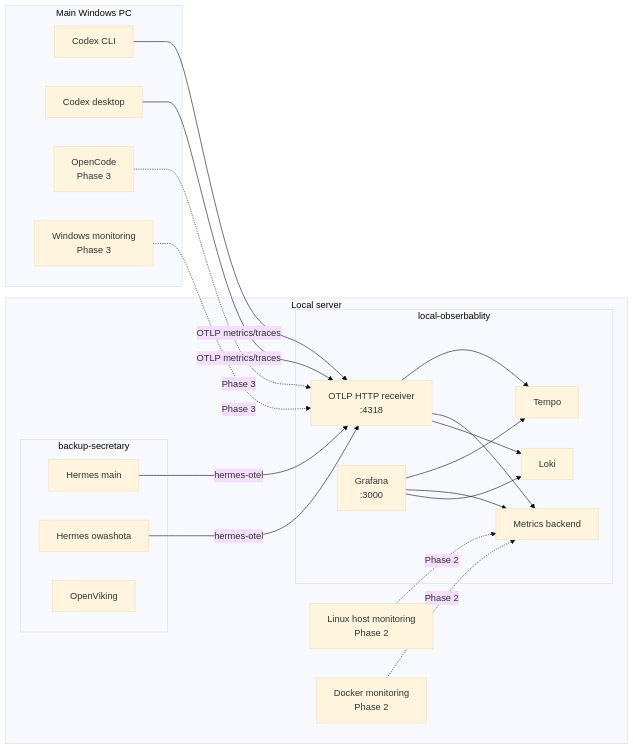
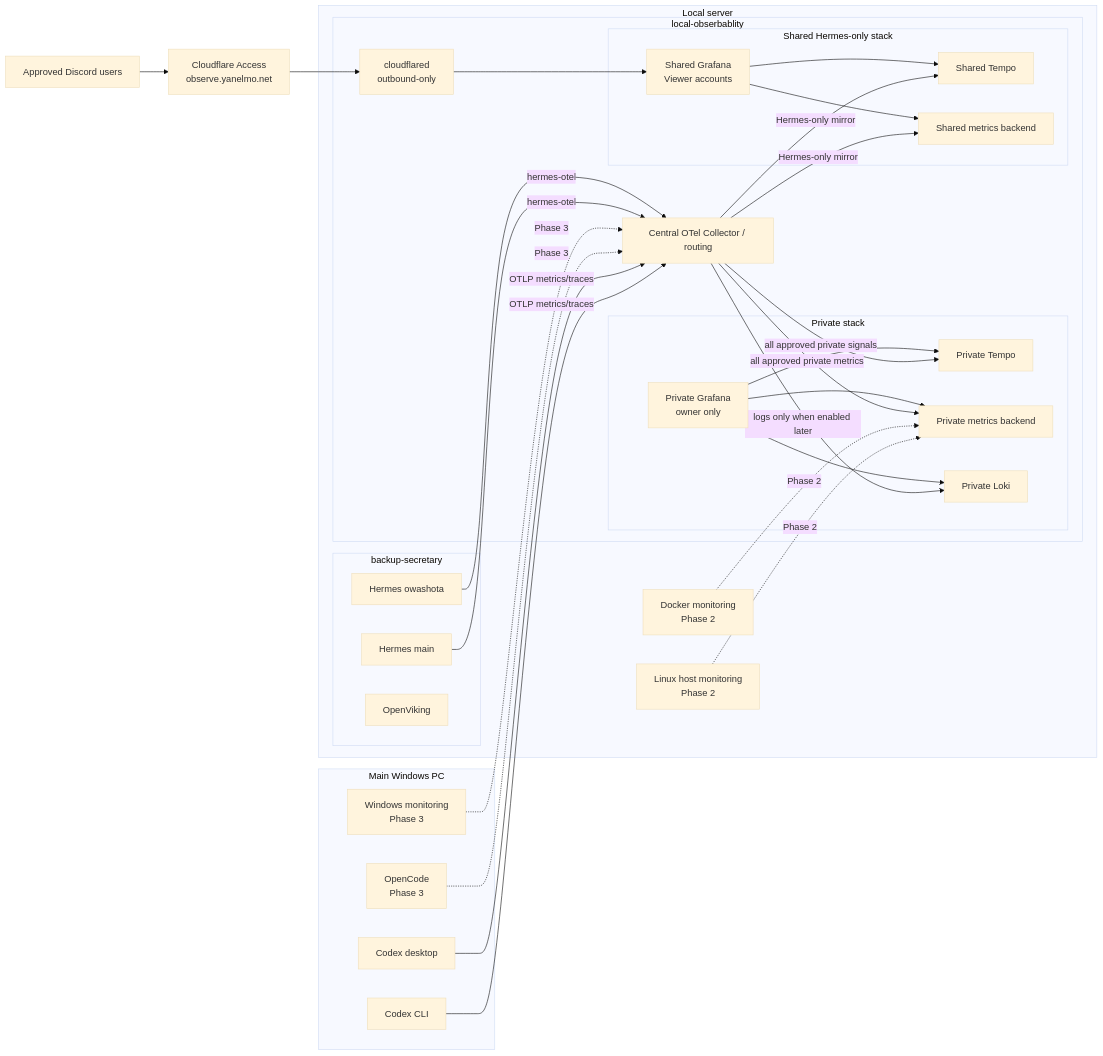
The diagram in docs/architecture.md (ktakahiro150397/local-obserbablity), drawn with Mermaid (base theme) before and after one commit. The commit also changed other lines of this file and 13 other files, not shown here.

````diff
--- a/docs/architecture.md
+++ b/docs/architecture.md
@@ -13,43 +13,67 @@
 ```mermaid
 flowchart LR
     subgraph WIN[Main Windows PC]
       CCLI[Codex CLI]
       CAPP[Codex desktop]
       OC[OpenCode\nPhase 3]
       WMON[Windows monitoring\nPhase 3]
     end
 
     subgraph SERVER[Local server]
       subgraph BS[backup-secretary]
         HM[Hermes main]
         HO[Hermes owashota]
         OV[OpenViking]
       end
 
       subgraph OBS[local-obserbablity]
-        OTLP[OTLP HTTP receiver\n:4318]
-        TEMPO[Tempo]
-        METRICS[Metrics backend]
-        LOKI[Loki]
-        GRAFANA[Grafana\n:3000]
+        ROUTER[Central OTel Collector / routing]
+
+        subgraph PRIVATE[Private stack]
+          PTEMPO[Private Tempo]
+          PMETRICS[Private metrics backend]
+          PLOKI[Private Loki]
+          PGRAFANA[Private Grafana\nowner only]
+        end
+
+        subgraph SHARED[Shared Hermes-only stack]
+          STEMPO[Shared Tempo]
+          SMETRICS[Shared metrics backend]
+          SGRAFANA[Shared Grafana\nViewer accounts]
+        end
+
+        CF[cloudflared\noutbound-only]
       end
 
       HOST[Linux host monitoring\nPhase 2]
       DOCKER[Docker monitoring\nPhase 2]
     end
 
-    CCLI -->|OTLP metrics/traces| OTLP
-    CAPP -->|OTLP metrics/traces| OTLP
-    OC -.->|Phase 3| OTLP
-    WMON -.->|Phase 3| OTLP
-    HM -->|hermes-otel| OTLP
-    HO -->|hermes-otel| OTLP
-    HOST -.->|Phase 2| METRICS
-    DOCKER -.->|Phase 2| METRICS
-    OTLP --> TEMPO
-    OTLP --> METRICS
-    OTLP --> LOKI
-    GRAFANA --> TEMPO
-    GRAFANA --> METRICS
-    GRAFANA --> LOKI
+    USERS[Approved Discord users]
+    ACCESS[Cloudflare Access\nobserve.yanelmo.net]
+
+    CCLI -->|OTLP metrics/traces| ROUTER
+    CAPP -->|OTLP metrics/traces| ROUTER
+    OC -.->|Phase 3| ROUTER
+    WMON -.->|Phase 3| ROUTER
+    HM -->|hermes-otel| ROUTER
+    HO -->|hermes-otel| ROUTER
+    HOST -.->|Phase 2| PMETRICS
+    DOCKER -.->|Phase 2| PMETRICS
+
+    ROUTER -->|all approved private signals| PTEMPO
+    ROUTER -->|all approved private metrics| PMETRICS
+    ROUTER -->|logs only when enabled later| PLOKI
+    ROUTER -->|Hermes-only mirror| STEMPO
+    ROUTER -->|Hermes-only mirror| SMETRICS
+
+    PGRAFANA --> PTEMPO
+    PGRAFANA --> PMETRICS
+    PGRAFANA --> PLOKI
+    SGRAFANA --> STEMPO
+    SGRAFANA --> SMETRICS
+
+    USERS --> ACCESS
+    ACCESS --> CF
+    CF --> SGRAFANA
 ```
````
